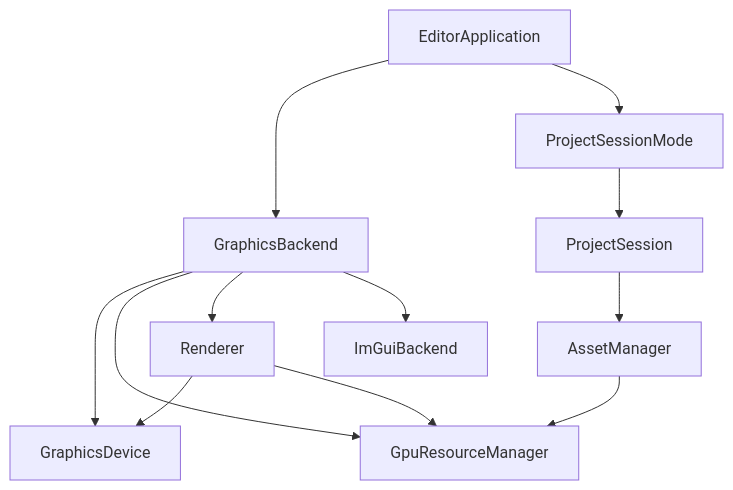
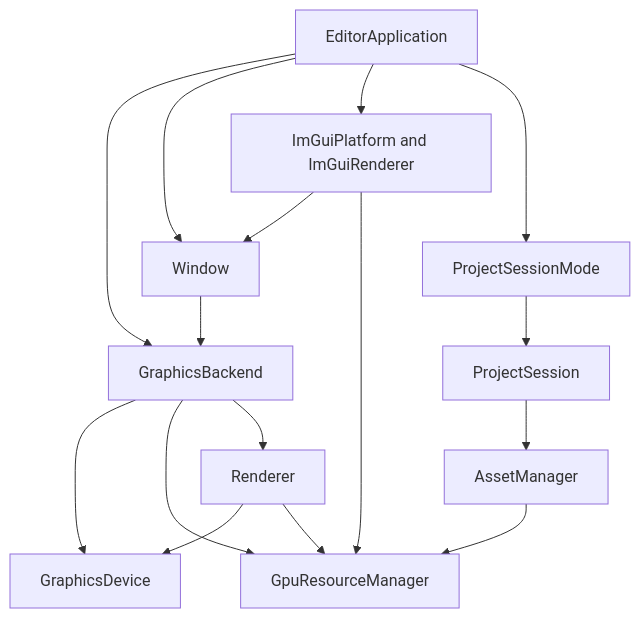
The diagram in docs/architecture.md (veresdomonkos/Crimson), drawn with Mermaid before and after one commit. The commit also changed other lines of this file and 107 other files, not shown here.

````diff
--- a/docs/architecture.md
+++ b/docs/architecture.md
@@ -5,13 +5,17 @@
 ```mermaid
 flowchart TD
     App[EditorApplication] --> GB[GraphicsBackend]
     GB --> Dev[GraphicsDevice]
     GB --> Res[GpuResourceManager]
     GB --> Ren[Renderer]
-    GB --> Im[ImGuiBackend]
+    App --> Win[Window]
+    Win --> GB
+    App --> UI[ImGuiPlatform and ImGuiRenderer]
+    UI --> Win
+    UI --> Res
     App --> Mode[ProjectSessionMode]
     Mode --> Session[ProjectSession] --> AM[AssetManager]
     AM --> Res
     Ren --> Dev
     Ren --> Res
 ```
````
